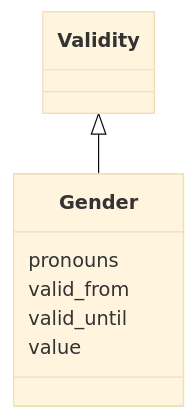
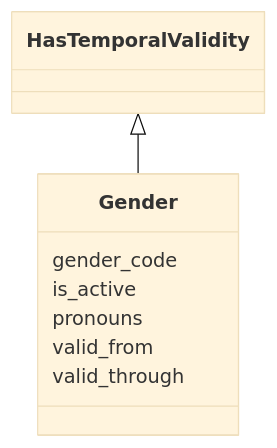
Before and after one commit to swiss/political-affairs-ech-group: the diagram in ech-0294_actors/output/docs/Gender.md, drawn with Mermaid (base theme). The commit also changed other lines of this file and 176 other files, not shown here.

````diff
--- a/ech-0294_actors/output/docs/Gender.md
+++ b/ech-0294_actors/output/docs/Gender.md
@@ -13,17 +22,19 @@
 ```mermaid
  classDiagram
     class Gender
     click Gender href "../Gender/"
-      Validity <|-- Gender
-        click Validity href "../Validity/"
+      HasTemporalValidity <|-- Gender
+        click HasTemporalValidity href "../HasTemporalValidity/"
       
+      Gender : gender_code
+        
+      Gender : is_active
+        
       Gender : pronouns
         
       Gender : valid_from
         
-      Gender : valid_until
-        
-      Gender : value
+      Gender : valid_through
         
       
 ```
````
